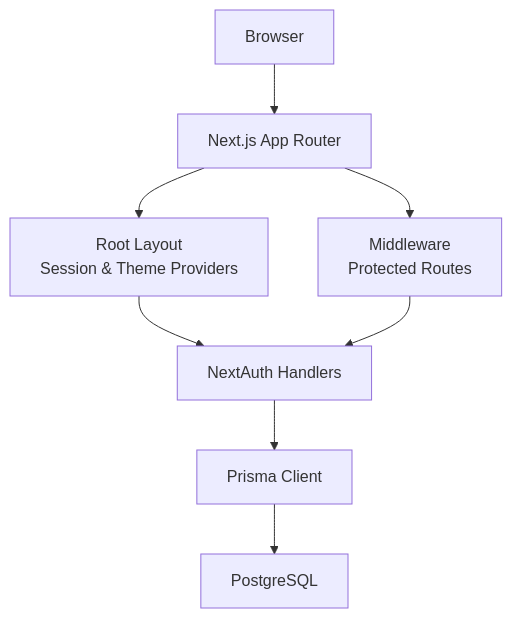
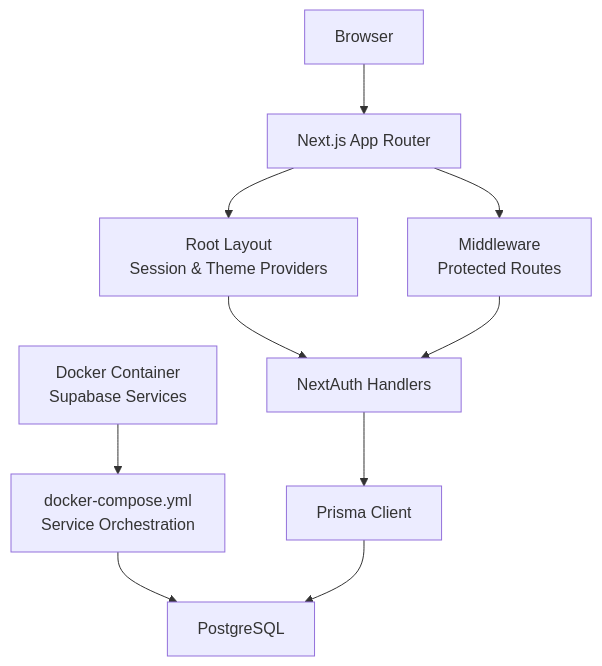
One commit to AlexKutz/math-app-next-js changed the second of 6 diagrams in .qoder/repowiki/en/content/Development Guide.md. Above: the diagram before and after it, drawn with Mermaid. The commit also changed other lines of this file and 9 other files, not shown here.

````diff
--- a/.qoder/repowiki/en/content/Development Guide.md
+++ b/.qoder/repowiki/en/content/Development Guide.md
@@ -126,17 +165,21 @@
 ```mermaid
 graph TB
 CLIENT["Browser"]
 NEXT["Next.js App Router"]
 LAYOUT["Root Layout<br/>Session & Theme Providers"]
 MW["Middleware<br/>Protected Routes"]
 AUTH["NextAuth Handlers"]
 PRISMA["Prisma Client"]
 DB["PostgreSQL"]
+DOCKER["Docker Container<br/>Supabase Services"]
+COMPOSE["docker-compose.yml<br/>Service Orchestration"]
+DOCKER --> COMPOSE
+COMPOSE --> DB
 CLIENT --> NEXT
 NEXT --> LAYOUT
 NEXT --> MW
 LAYOUT --> AUTH
 AUTH --> PRISMA
 PRISMA --> DB
 MW --> AUTH
 ```
````
